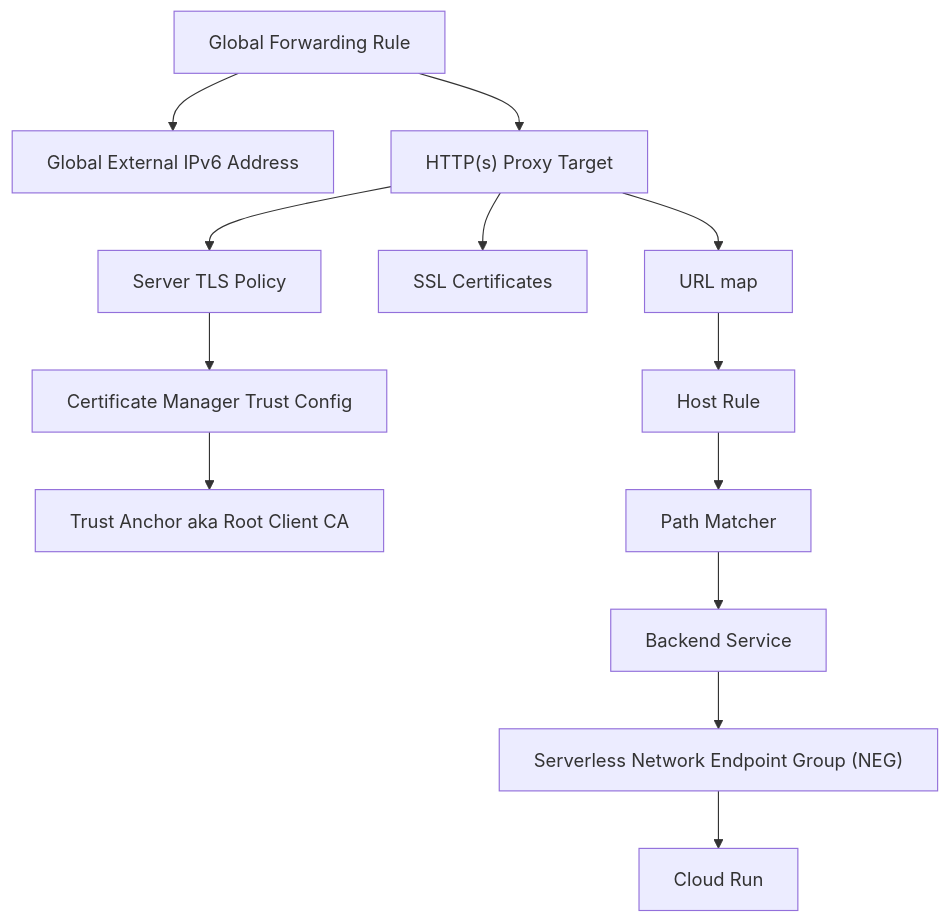
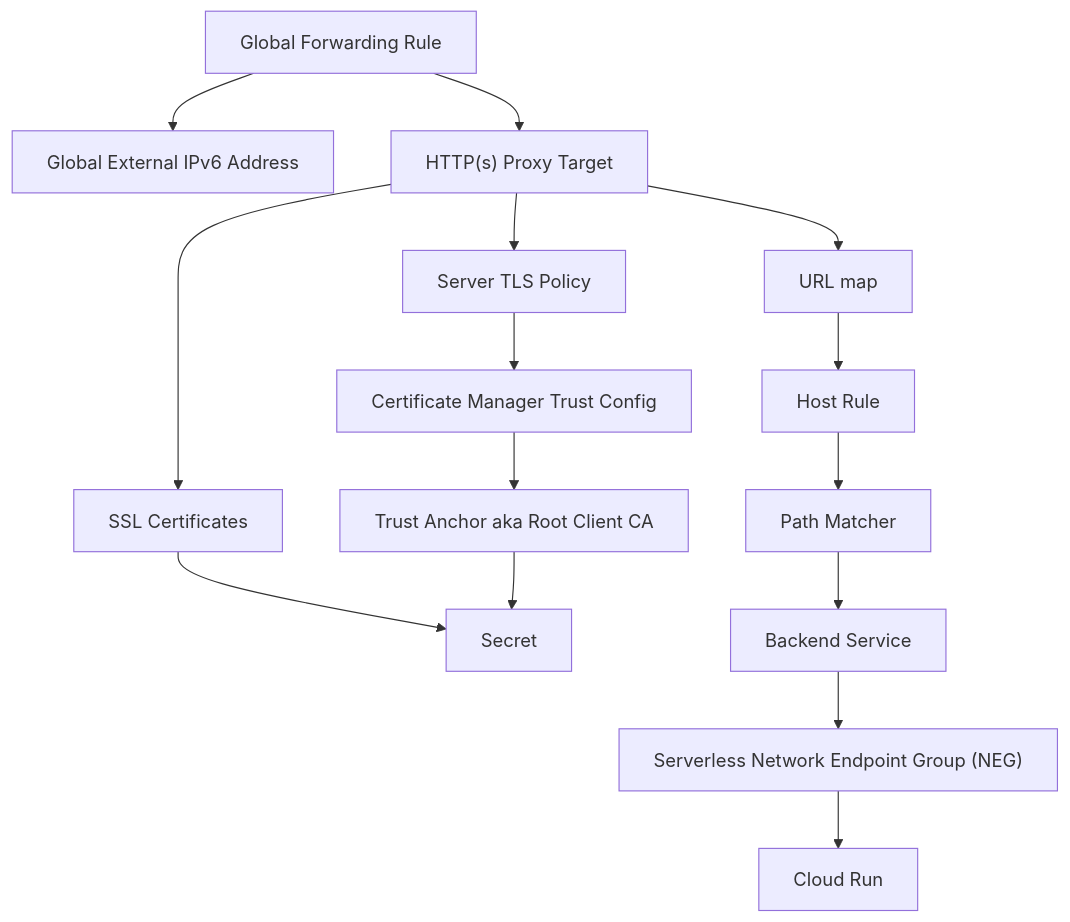
Before and after one commit to Zaba505/infra: the fourth of 7 diagrams in docs/content/public_cloud/_index.md, drawn with Mermaid. The commit also changed other lines of this file and 2 other files, not shown here.

````diff
--- a/docs/content/public_cloud/_index.md
+++ b/docs/content/public_cloud/_index.md
@@ -53,45 +122,49 @@
 ```mermaid
 %%{
     init: {
         "flowchart": {
             "wrappingWidth": "350"
         }
     }
 }%%
 
 flowchart TB
     ipv6["Global External IPv6 Address"]
     forwarding["Global Forwarding Rule"]
     httpsProxy["HTTP(s) Proxy Target"]
     urlMap["URL map"]
     sslCerts["SSL Certificates"]
+    secret["Secret"]
     tlsPolicy["Server TLS Policy"]
     trustConfig["Certificate Manager Trust Config"]
     trustAnchor["Trust Anchor aka Root Client CA"]
     hostRule["Host Rule"]
     pathMatcher["Path Matcher"]
     backendService["Backend Service"]
     neg["Serverless Network Endpoint Group (NEG)"]
     cloudRun["Cloud Run"]
 
     forwarding --> ipv6
     forwarding --> httpsProxy
 
     httpsProxy --> urlMap
     httpsProxy --> sslCerts
     httpsProxy --> tlsPolicy
 
+    sslCerts --> secret
+
     tlsPolicy --> trustConfig
 
     trustConfig --> trustAnchor
+    trustAnchor --> secret
 
     urlMap --> hostRule
 
     hostRule --> pathMatcher
 
     pathMatcher --> backendService
 
     backendService --> neg
 
     neg --> cloudRun
 ```
````
